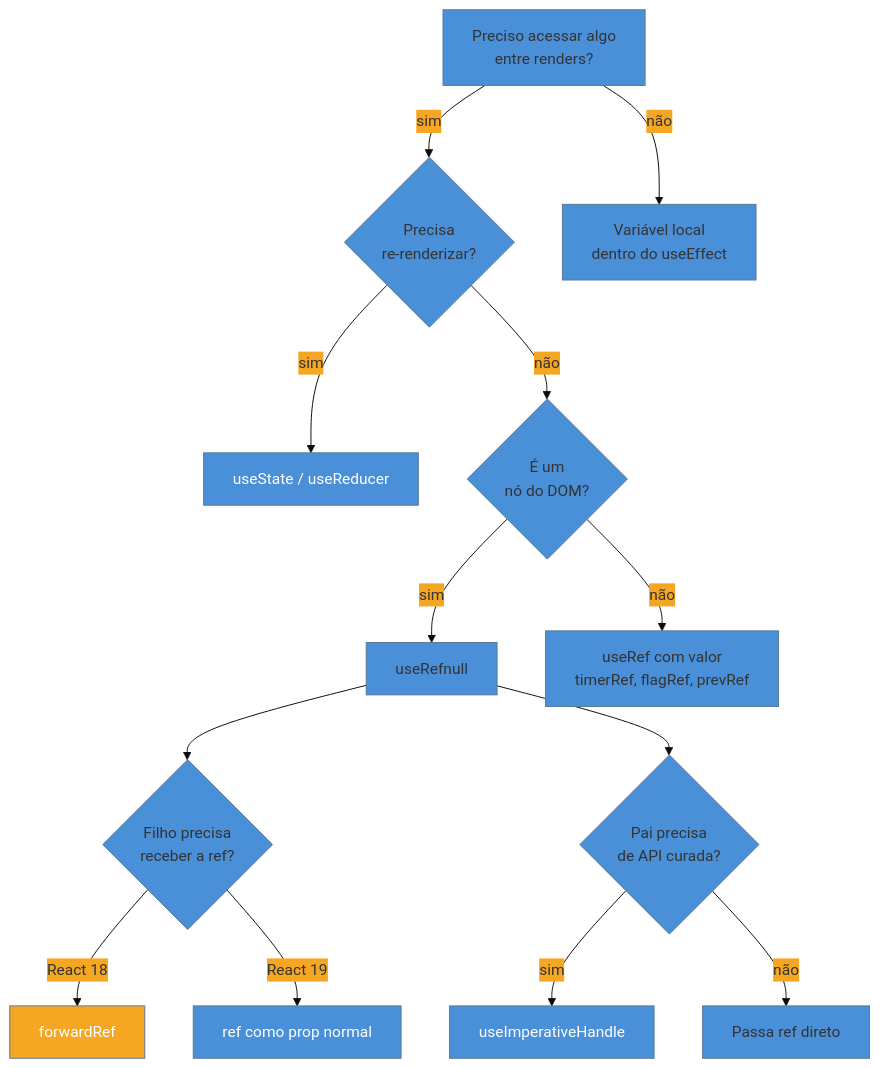
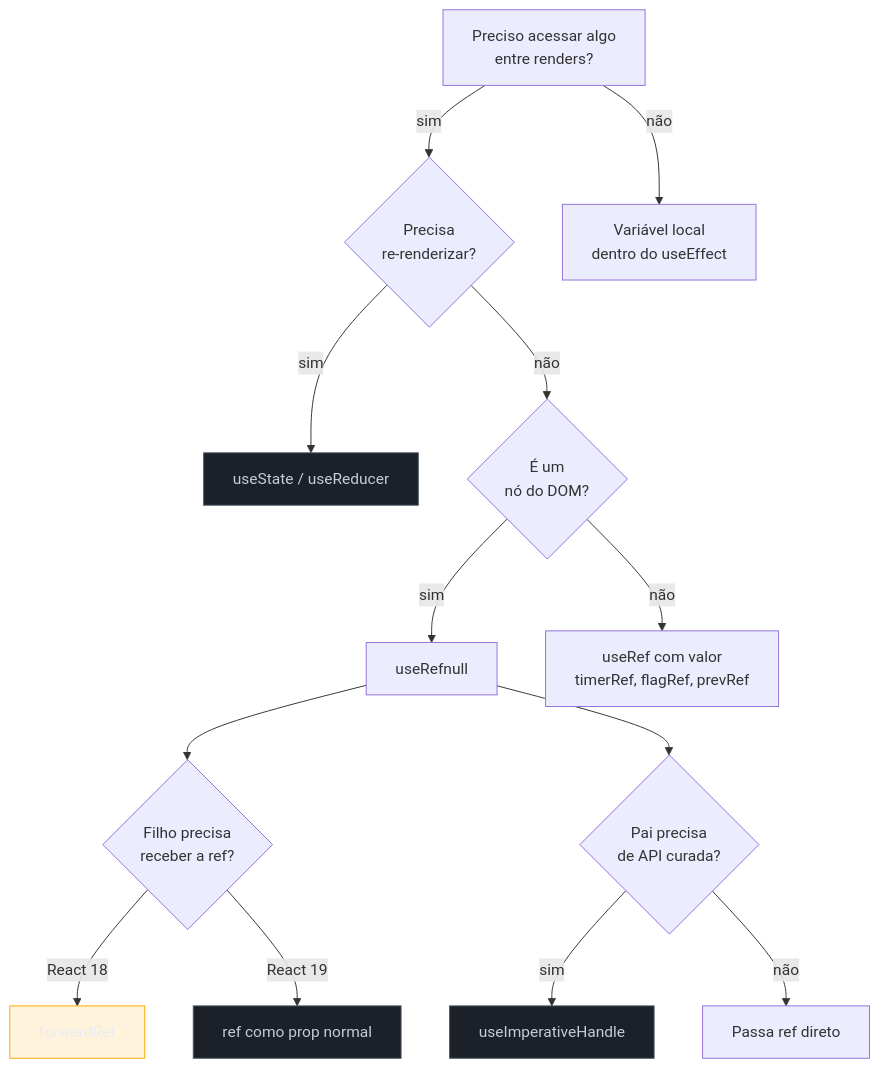
One commit to josenaldo/codex-technomanticus changed the second of 2 diagrams in 03-Dominios/Tecnologia/React/React core/10 - useRef e refs.md. Above: the diagram before and after it, drawn with Mermaid. The commit also changed other lines of this file and 1181 other files, not shown here.

First line of the commit message:
fix(diagramas): paleta do sistema no lugar de cor cravada no markdown

````diff
--- a/03-Dominios/Tecnologia/React/React core/10 - useRef e refs.md
+++ b/03-Dominios/Tecnologia/React/React core/10 - useRef e refs.md
@@ -377,25 +376,26 @@
 ```mermaid
-%%{init: {"theme": "base", "themeVariables": {"primaryColor": "#4A90D9", "secondaryColor": "#F5A623", "tertiaryColor": "#D0021B"}}}%%
 graph TD
+    classDef neutro fill:#1B2029,stroke:#4E5666,color:#C6CCD8
+    classDef destaque fill:#FFAA0024,stroke:#FFAA00,color:#E9ECF2
     A[Preciso acessar algo\nentre renders?] -->|sim| B{Precisa\nre-renderizar?}
     A -->|não| Z[Variável local\ndentro do useEffect]
 
     B -->|sim| C[useState / useReducer]
     B -->|não| D{É um\nnó do DOM?}
 
     D -->|sim| E[useRef<HTMLElement>null]
     D -->|não| F[useRef com valor\ntimerRef, flagRef, prevRef]
 
     E --> G{Filho precisa\nreceber a ref?}
     G -->|React 18| H[forwardRef]
     G -->|React 19| I[ref como prop normal]
 
     E --> J{Pai precisa\nde API curada?}
     J -->|sim| K[useImperativeHandle]
     J -->|não| L[Passa ref direto]
 
-    style C fill:#4A90D9,color:#fff
-    style H fill:#F5A623,color:#fff
-    style I fill:#4A90D9,color:#fff
-    style K fill:#4A90D9,color:#fff
+    class C neutro
+    class H destaque
+    class I neutro
+    class K neutro
 ```
````
